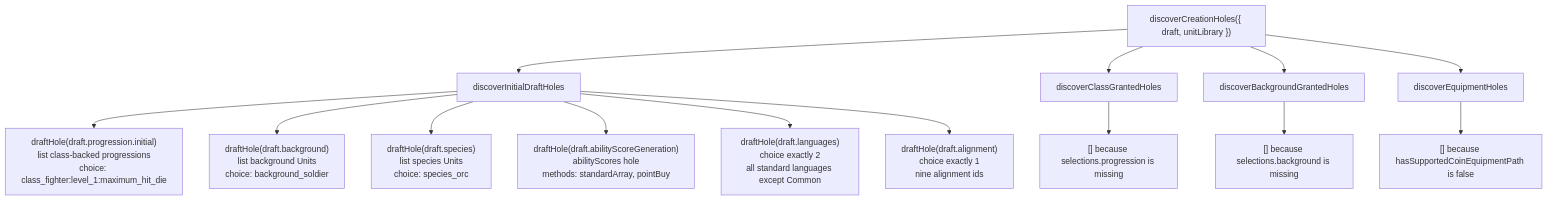
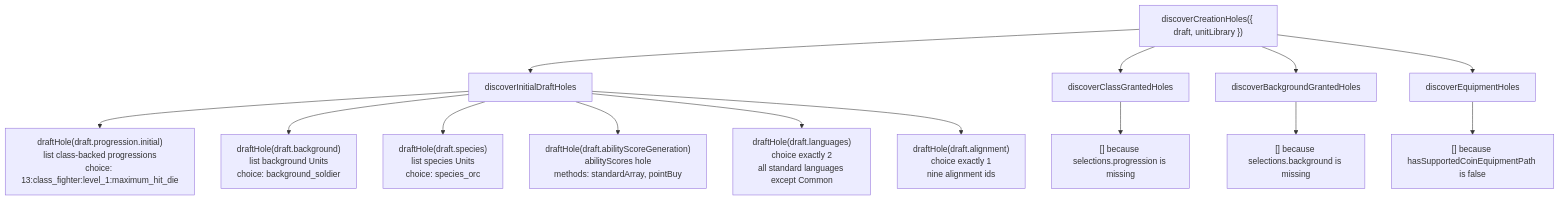
Before and after one commit to dearlordylord/5e-quint: the third of 10 diagrams in packages/character-creation-runtime/EXPLANATORY_TIME_DIAGRAM.md, drawn with Mermaid. The commit also changed other lines of this file and 6 other files, not shown here.

````diff
--- a/packages/character-creation-runtime/EXPLANATORY_TIME_DIAGRAM.md
+++ b/packages/character-creation-runtime/EXPLANATORY_TIME_DIAGRAM.md
@@ -224,24 +224,24 @@
 ```mermaid
 flowchart TD
   Discover["discoverCreationHoles({ draft, unitLibrary })"]
   Initial["discoverInitialDraftHoles"]
   Class["discoverClassGrantedHoles"]
   Background["discoverBackgroundGrantedHoles"]
   Equipment["discoverEquipmentHoles"]
 
   Discover --> Initial
   Discover --> Class
   Discover --> Background
   Discover --> Equipment
 
-  Initial --> Progression["draftHole(draft.progression.initial)<br/>list class-backed progressions<br/>choice: class_fighter:level_1:maximum_hit_die"]
+  Initial --> Progression["draftHole(draft.progression.initial)<br/>list class-backed progressions<br/>choice: 13:class_fighter:level_1:maximum_hit_die"]
   Initial --> Bg["draftHole(draft.background)<br/>list background Units<br/>choice: background_soldier"]
   Initial --> Species["draftHole(draft.species)<br/>list species Units<br/>choice: species_orc"]
   Initial --> Scores["draftHole(draft.abilityScoreGeneration)<br/>abilityScores hole<br/>methods: standardArray, pointBuy"]
   Initial --> Lang["draftHole(draft.languages)<br/>choice exactly 2<br/>all standard languages except Common"]
   Initial --> Align["draftHole(draft.alignment)<br/>choice exactly 1<br/>nine alignment ids"]
 
   Class --> NoClass["[] because selections.progression is missing"]
   Background --> NoBg["[] because selections.background is missing"]
   Equipment --> NoEquip["[] because hasSupportedCoinEquipmentPath is false"]
 ```
````
